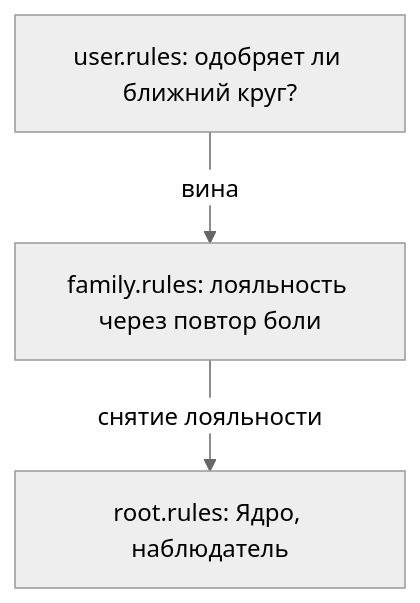
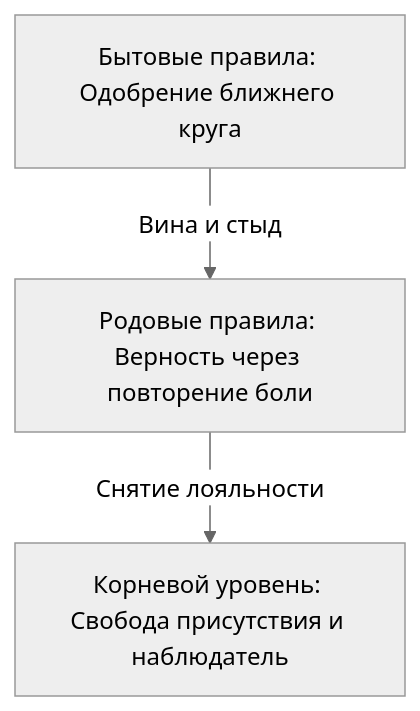
Before and after one commit to GTFB/threebooks: the diagram in root/09-access-policy-types/ru.mdx, drawn with Mermaid (neutral theme). The commit also changed other lines of this file and 11 other files, not shown here.

````diff
--- a/root/09-access-policy-types/ru.mdx
+++ b/root/09-access-policy-types/ru.mdx
@@ -27,8 +29,8 @@
 ```mermaid
 flowchart TD
-  UserRules["user.rules: одобряет ли ближний круг?"]
-  FamilyRules["family.rules: лояльность через повтор боли"]
-  RootRules["root.rules: Ядро, наблюдатель"]
-  UserRules -->|вина| FamilyRules
-  FamilyRules -->|снятие лояльности| RootRules
+  UserRules["Бытовые правила: Одобрение ближнего круга"]
+  FamilyRules["Родовые правила: Верность через повторение боли"]
+  RootRules["Корневой уровень: Свобода присутствия и наблюдатель"]
+  UserRules -->|Вина и стыд| FamilyRules
+  FamilyRules -->|Снятие лояльности| RootRules
 ```
````
